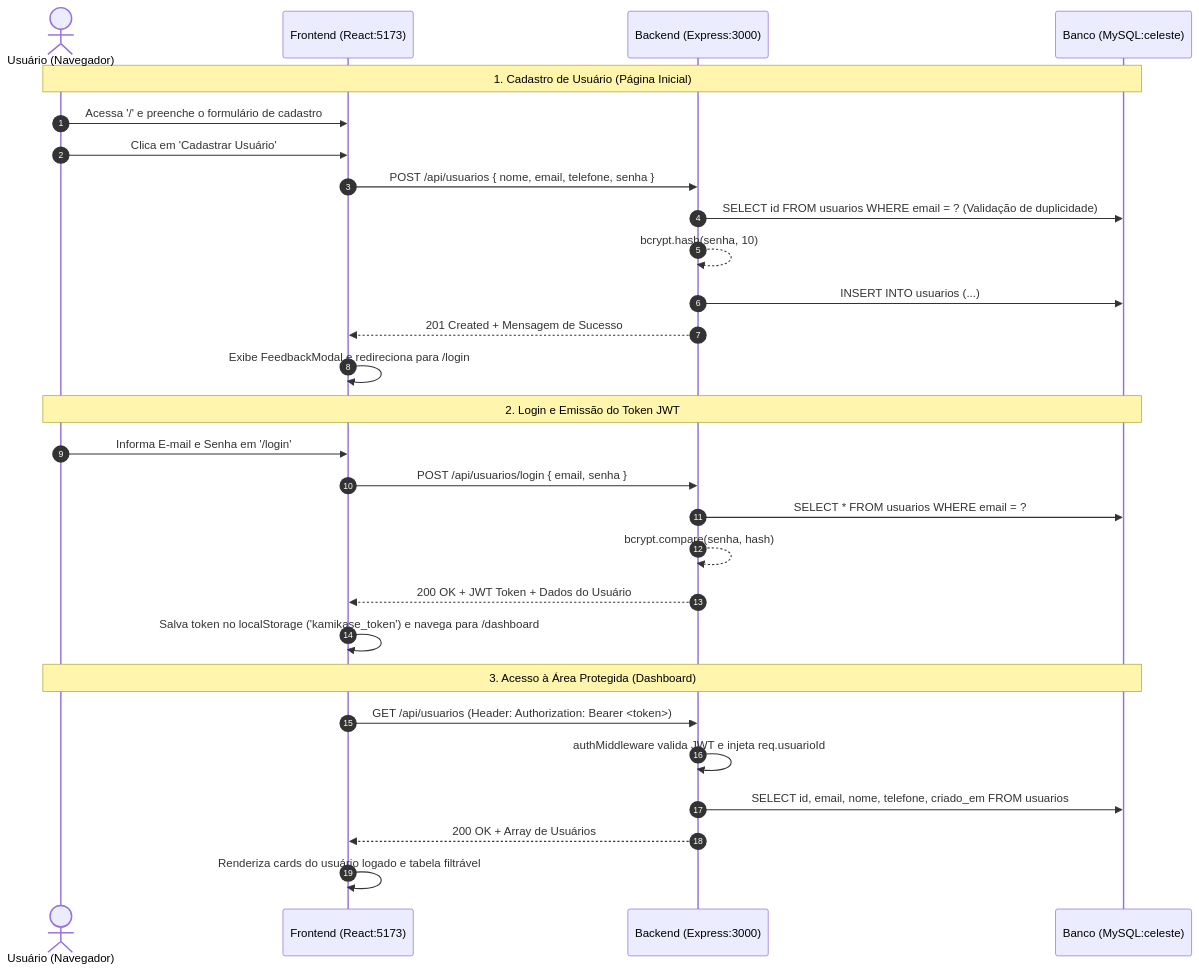
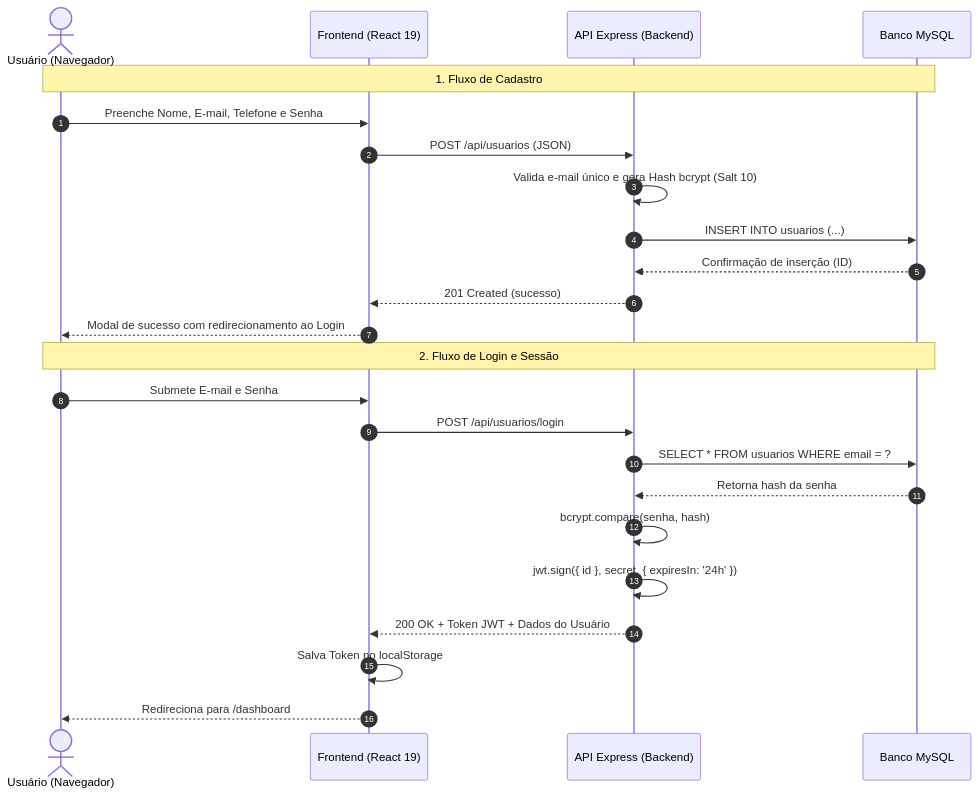
Before and after one commit to marcelologan/ms2-fullstack-template: the second of 2 diagrams in README.md, drawn with Mermaid. The commit also changed other lines of this file and 37 other files, not shown here.

Commit message:
refactor: rename project directories to backend and frontend

````diff
--- a/README.md
+++ b/README.md
@@ -272,33 +269,28 @@
 ```mermaid
 sequenceDiagram
     autonumber
     actor Usuario as Usuário (Navegador)
-    participant Front as Frontend (React:5173)
-    participant Back as Backend (Express:3000)
-    participant DB as Banco (MySQL:celeste)
+    participant Front as Frontend (React 19)
+    participant API as API Express (Backend)
+    participant DB as Banco MySQL
 
-    Note over Usuario,DB: 1. Cadastro de Usuário (Página Inicial)
-    Usuario->>Front: Acessa '/' e preenche o formulário de cadastro
-    Usuario->>Front: Clica em 'Cadastrar Usuário'
-    Front->>Back: POST /api/usuarios { nome, email, telefone, senha }
-    Back->>DB: SELECT id FROM usuarios WHERE email = ? (Validação de duplicidade)
-    Back-->>Back: bcrypt.hash(senha, 10)
-    Back->>DB: INSERT INTO usuarios (...)
-    Back-->>Front: 201 Created + Mensagem de Sucesso
-    Front->>Front: Exibe FeedbackModal e redireciona para /login
+    Note over Usuario,DB: 1. Fluxo de Cadastro
+    Usuario->>Front: Preenche Nome, E-mail, Telefone e Senha
+    Front->>API: POST /api/usuarios (JSON)
+    API->>API: Valida e-mail único e gera Hash bcrypt (Salt 10)
+    API->>DB: INSERT INTO usuarios (...)
+    DB-->>API: Confirmação de inserção (ID)
+    API-->>Front: 201 Created (sucesso)
+    Front-->>Usuario: Modal de sucesso com redirecionamento ao Login
 
-    Note over Usuario,DB: 2. Login e Emissão do Token JWT
-    Usuario->>Front: Informa E-mail e Senha em '/login'
-    Front->>Back: POST /api/usuarios/login { email, senha }
-    Back->>DB: SELECT * FROM usuarios WHERE email = ?
-    Back-->>Back: bcrypt.compare(senha, hash)
-    Back-->>Front: 200 OK + JWT Token + Dados do Usuário
-    Front->>Front: Salva token no localStorage ('kamikase_token') e navega para /dashboard
-
-    Note over Usuario,DB: 3. Acesso à Área Protegida (Dashboard)
-    Front->>Back: GET /api/usuarios (Header: Authorization: Bearer <token>)
-    Back->>Back: authMiddleware valida JWT e injeta req.usuarioId
-    Back->>DB: SELECT id, email, nome, telefone, criado_em FROM usuarios
-    Back-->>Front: 200 OK + Array de Usuários
-    Front->>Front: Renderiza cards do usuário logado e tabela filtrável
+    Note over Usuario,DB: 2. Fluxo de Login e Sessão
+    Usuario->>Front: Submete E-mail e Senha
+    Front->>API: POST /api/usuarios/login
+    API->>DB: SELECT * FROM usuarios WHERE email = ?
+    DB-->>API: Retorna hash da senha
+    API->>API: bcrypt.compare(senha, hash)
+    API->>API: jwt.sign({ id }, secret, { expiresIn: '24h' })
+    API-->>Front: 200 OK + Token JWT + Dados do Usuário
+    Front->>Front: Salva Token no localStorage
+    Front-->>Usuario: Redireciona para /dashboard
 ```
````
